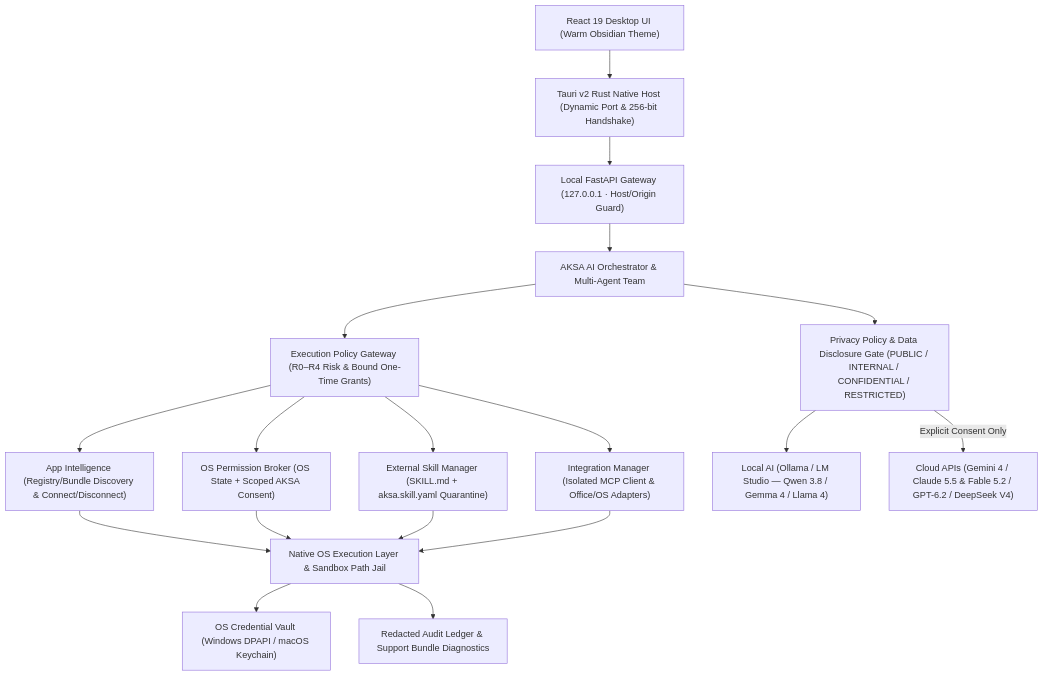
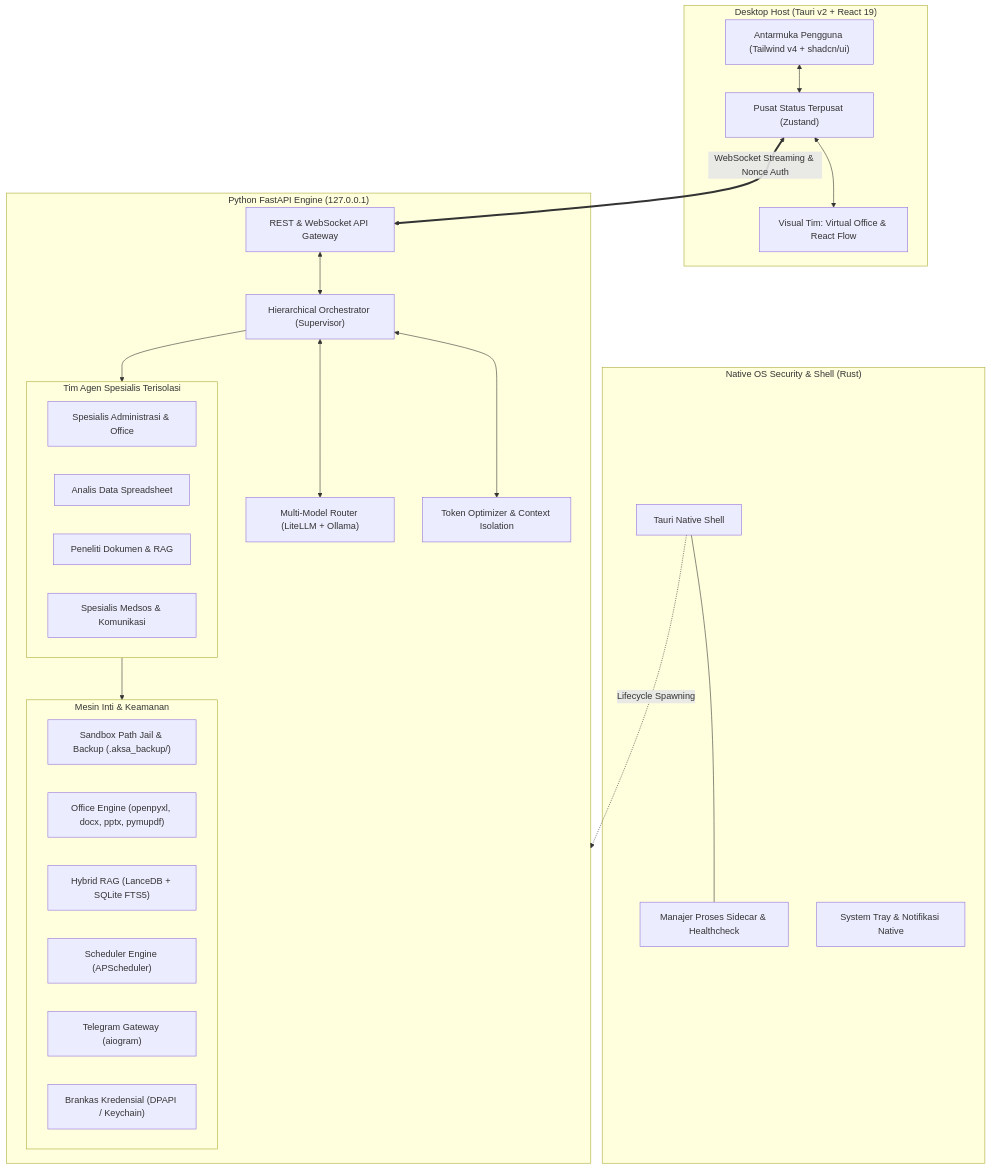
One commit to yogijowo/aksa changed the diagram in README.md. Above: the diagram before and after it, drawn with Mermaid. The commit also changed other lines of this file and 2 other files, not shown here.

Commit message:
docs: overhaul README with vision, current maturity scores, roadmap, and PRD links

````diff
--- a/README.md
+++ b/README.md
@@ -112,21 +120,49 @@
 ```mermaid
 flowchart TD
-    UI["React 19 Desktop UI (Warm Obsidian Theme)"] --> TH["Tauri v2 Rust Native Host (Dynamic Port & 256-bit Handshake)"]
-    TH --> API["Local FastAPI Gateway (127.0.0.1 · Host/Origin Guard)"]
-    API --> ORCH["AKSA AI Orchestrator & Multi-Agent Team"]
+    subgraph Frontend ["Desktop Host (Tauri v2 + React 19)"]
+        UI["Antarmuka Pengguna (Tailwind v4 + shadcn/ui)"]
+        STORE["Pusat Status Terpusat (Zustand)"]
+        CANVAS["Visual Tim: Virtual Office & React Flow"]
+        UI <--> STORE
+        STORE <--> CANVAS
+    end
 
-    ORCH --> PG["Execution Policy Gateway (R0–R4 Risk & Bound One-Time Grants)"]
-    ORCH --> PRIV["Privacy Policy & Data Disclosure Gate (PUBLIC / INTERNAL / CONFIDENTIAL / RESTRICTED)"]
+    subgraph NativeBridge ["Native OS Security & Shell (Rust)"]
+        SHELL["Tauri Native Shell"]
+        SIDECAR_MGR["Manajer Proses Sidecar & Healthcheck"]
+        TRAY["System Tray & Notifikasi Native"]
+        SHELL --- SIDECAR_MGR
+    end
 
-    PG --> APP["App Intelligence (Registry/Bundle Discovery & Connect/Disconnect)"]
-    PG --> PERM["OS Permission Broker (OS State + Scoped AKSA Consent)"]
-    PG --> SKILL["External Skill Manager (SKILL.md + aksa.skill.yaml Quarantine)"]
-    PG --> MCP["Integration Manager (Isolated MCP Client & Office/OS Adapters)"]
+    subgraph BackendEngine ["Python FastAPI Engine (127.0.0.1)"]
+        API["REST & WebSocket API Gateway"]
+        ORCH["Hierarchical Orchestrator (Supervisor)"]
+        ROUTER["Multi-Model Router (LiteLLM + Ollama)"]
+        TOKEN_OPT["Token Optimizer & Context Isolation"]
+        
+        API <--> ORCH
+        ORCH <--> ROUTER
+        ORCH <--> TOKEN_OPT
+        
+        subgraph SubAgents ["Tim Agen Spesialis Terisolasi"]
+            A1["Spesialis Administrasi & Office"]
+            A2["Analis Data Spreadsheet"]
+            A3["Peneliti Dokumen & RAG"]
+            A4["Spesialis Medsos & Komunikasi"]
+        end
+        ORCH --> SubAgents
 
-    PRIV --> LOCAL["Local AI (Ollama / LM Studio — Qwen 3.8 / Gemma 4 / Llama 4)"]
-    PRIV -->|Explicit Consent Only| CLOUD["Cloud APIs (Gemini 4 / Claude 5.5 & Fable 5.2 / GPT-6.2 / DeepSeek V4)"]
+        subgraph CoreEngines ["Mesin Inti & Keamanan"]
+            SANDBOX["Sandbox Path Jail & Backup (.aksa_backup/)"]
+            OFFICE["Office Engine (openpyxl, docx, pptx, pymupdf)"]
+            RAG["Hybrid RAG (LanceDB + SQLite FTS5)"]
+            SCHEDULER["Scheduler Engine (APScheduler)"]
+            TG["Telegram Gateway (aiogram)"]
+            VAULT["Brankas Kredensial (DPAPI / Keychain)"]
+        end
+        SubAgents --> CoreEngines
+    end
 
-    APP & PERM & SKILL & MCP --> EXEC["Native OS Execution Layer & Sandbox Path Jail"]
-    EXEC --> VAULT["OS Credential Vault (Windows DPAPI / macOS Keychain)"]
-    EXEC --> AUDIT["Redacted Audit Ledger & Support Bundle Diagnostics"]
+    STORE <== "WebSocket Streaming & Nonce Auth" ==> API
+    SHELL -. "Lifecycle Spawning" .-> BackendEngine
 ```
````
